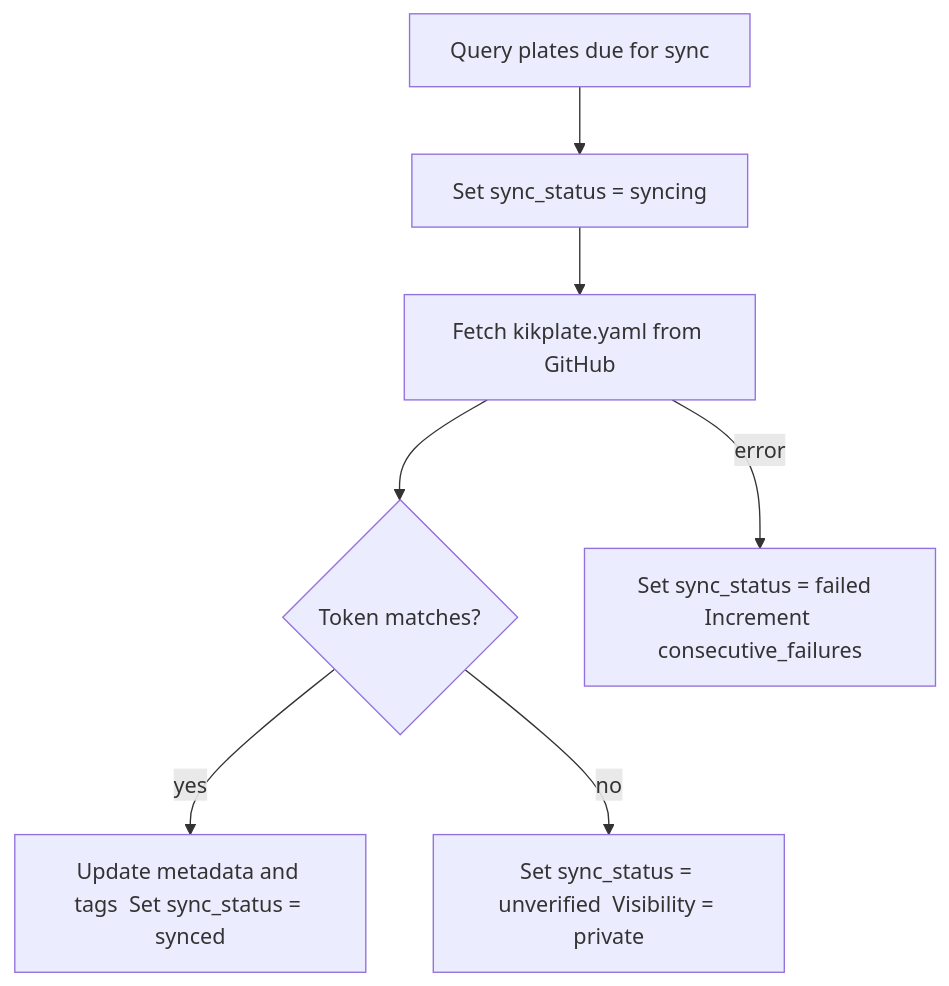
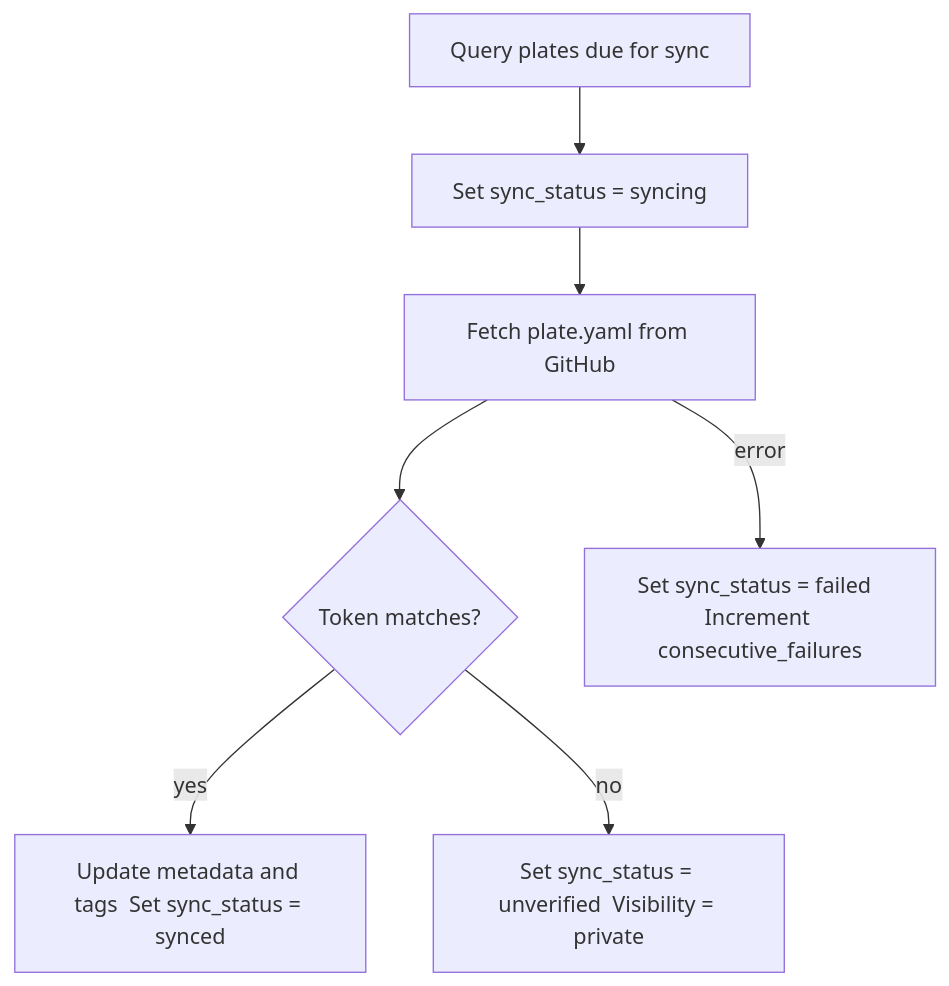
One commit to corpobit/kikplate changed the fourth of 8 diagrams in docs/architecture.md. Above: the diagram before and after it, drawn with Mermaid. The commit also changed other lines of this file and 8 other files, not shown here.

Commit message:
feat(manifest): make plate.yaml primary for submit verify sync with kikplate fallback

````diff
--- a/docs/architecture.md
+++ b/docs/architecture.md
@@ -173,15 +173,15 @@
 ```mermaid
 flowchart TD
     DUE[Query plates due for sync]
     SYNCING[Set sync_status = syncing]
-    FETCH[Fetch kikplate.yaml from GitHub]
+    FETCH[Fetch plate.yaml from GitHub]
     TOK{Token matches?}
     OK[Update metadata and tags  Set sync_status = synced]
     BAD[Set sync_status = unverified  Visibility = private]
     ERR[Set sync_status = failed  Increment consecutive_failures]
 
     DUE --> SYNCING --> FETCH --> TOK
     TOK -->|yes| OK
     TOK -->|no| BAD
     FETCH -->|error| ERR
 ```
````
